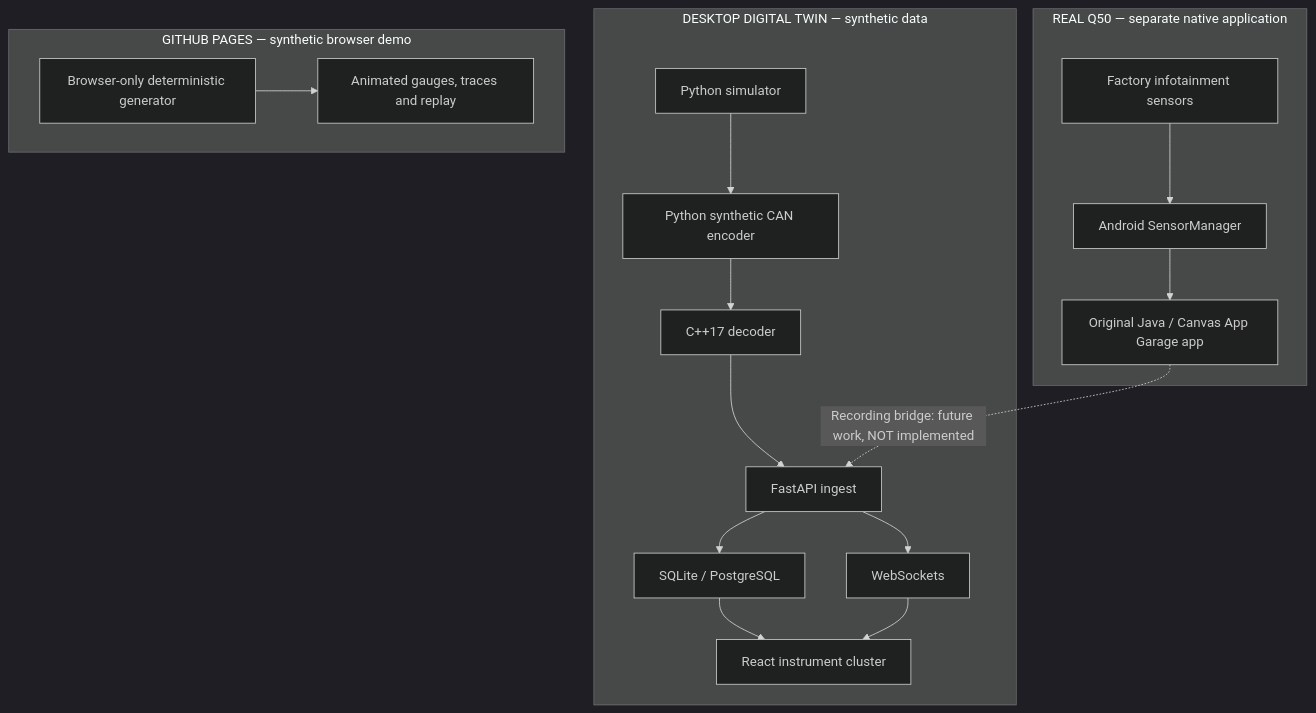
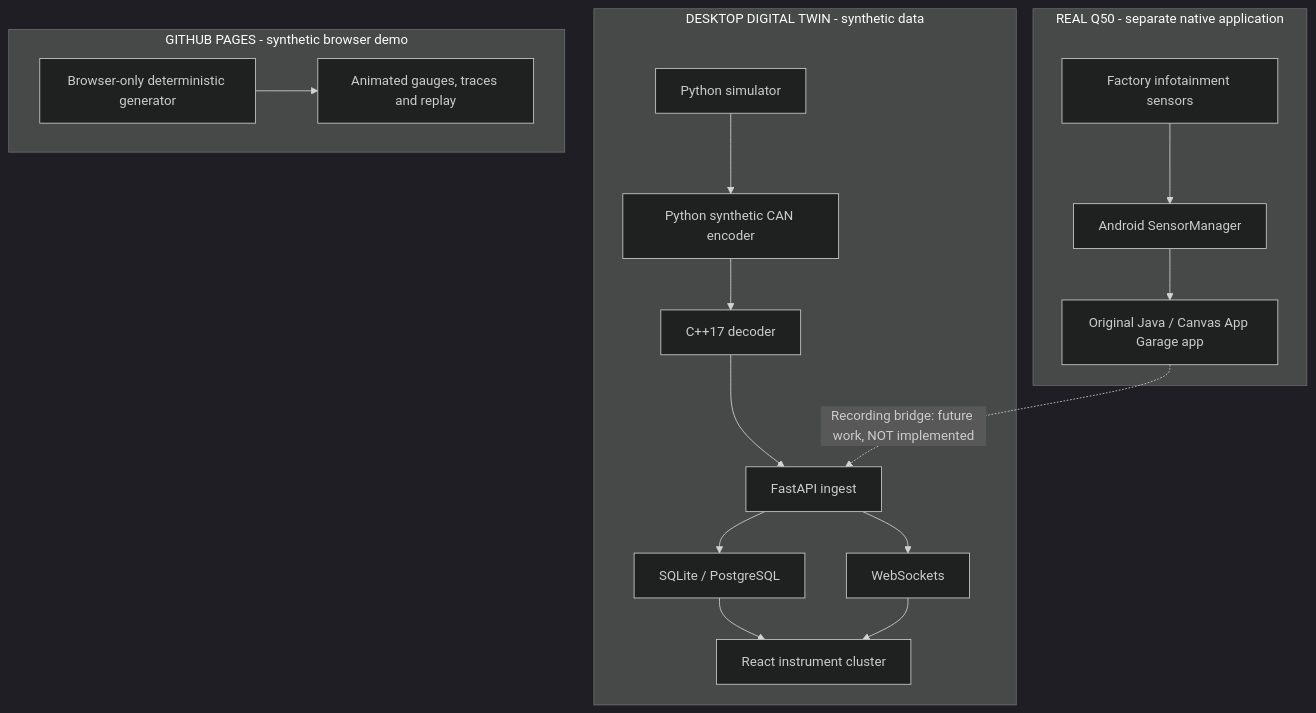
The diagram in README.md (Aram-az/Q50-Digital-Twin), drawn with Mermaid (dark theme) before and after one commit. The commit also changed other lines of this file and 14 other files, not shown here.

````diff
--- a/README.md
+++ b/README.md
@@ -38,17 +38,17 @@
 ```mermaid
 flowchart TB
-  subgraph NATIVE["REAL Q50 — separate native application"]
+  subgraph NATIVE["REAL Q50 - separate native application"]
     A["Factory infotainment sensors"] --> B["Android SensorManager"] --> C["Original Java / Canvas App Garage app"]
   end
-  subgraph DESKTOP["DESKTOP DIGITAL TWIN — synthetic data"]
+  subgraph DESKTOP["DESKTOP DIGITAL TWIN - synthetic data"]
     D["Python simulator"] --> E["Python synthetic CAN encoder"] --> F["C++17 decoder"] --> G["FastAPI ingest"]
     G --> H["SQLite / PostgreSQL"]
     G --> I["WebSockets"]
     H --> J["React instrument cluster"]
     I --> J
   end
-  subgraph PUBLIC["GITHUB PAGES — synthetic browser demo"]
+  subgraph PUBLIC["GITHUB PAGES - synthetic browser demo"]
     K["Browser-only deterministic generator"] --> L["Animated gauges, traces and replay"]
   end
   C -. "Recording bridge: future work, NOT implemented" .-> G
 ```
````
